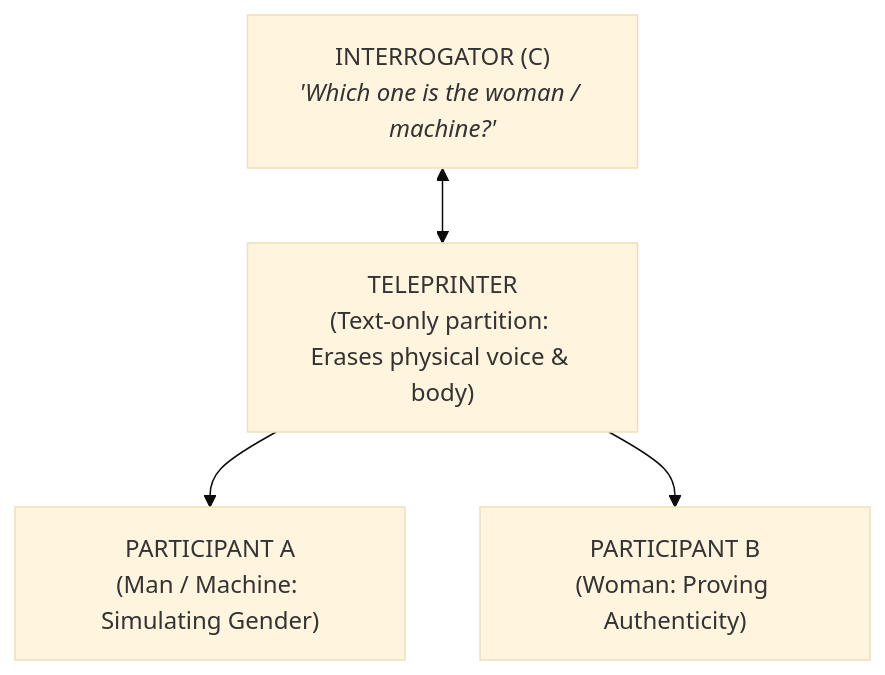
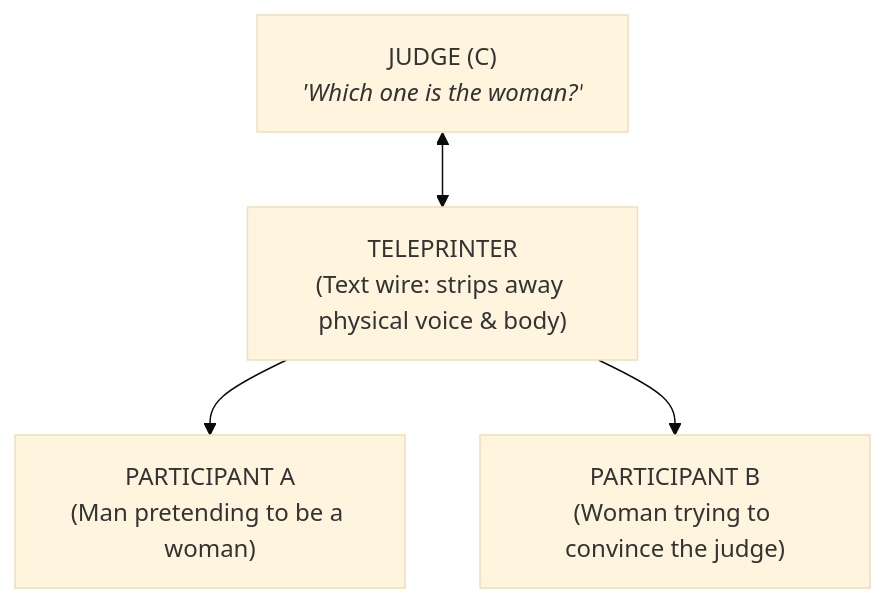
The first of 5 diagrams in _posts/2026-09-25-turing-queer-ai.md (mynameisjpg/mynameisjpg), drawn with Mermaid (base theme) before and after one commit. The commit also changed other lines of this file and 12 other files, not shown here.

````diff
--- a/_posts/2026-09-25-turing-queer-ai.md
+++ b/_posts/2026-09-25-turing-queer-ai.md
@@ -75,6 +78,6 @@
 ```mermaid
 graph TD
-  C["INTERROGATOR (C)<br/><i>'Which one is the woman / machine?'</i>"] <--> T["TELEPRINTER<br/>(Text-only partition: Erases physical voice & body)"]
-  T --> A["PARTICIPANT A<br/>(Man / Machine: Simulating Gender)"]
-  T --> B["PARTICIPANT B<br/>(Woman: Proving Authenticity)"]
+  C["JUDGE (C)<br/><i>'Which one is the woman?'</i>"] <--> T["TELEPRINTER<br/>(Text wire: strips away physical voice & body)"]
+  T --> A["PARTICIPANT A<br/>(Man pretending to be a woman)"]
+  T --> B["PARTICIPANT B<br/>(Woman trying to convince the judge)"]
 ```
````
